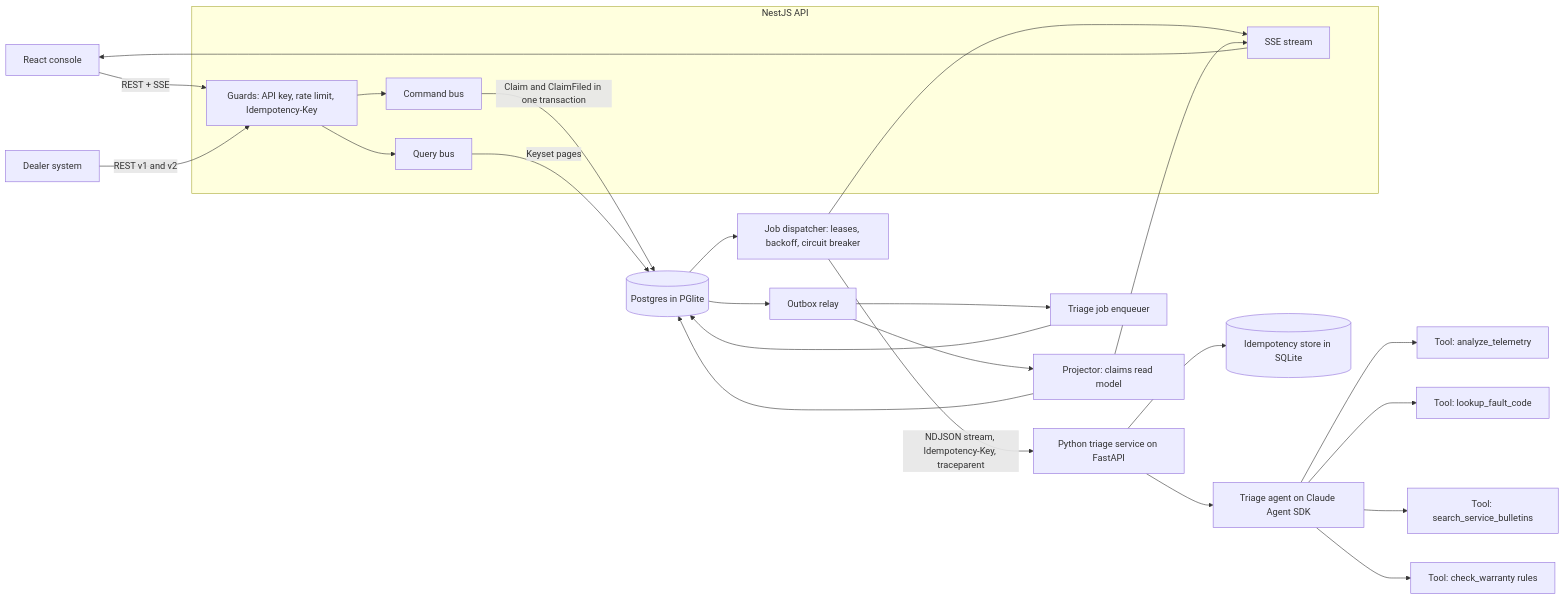
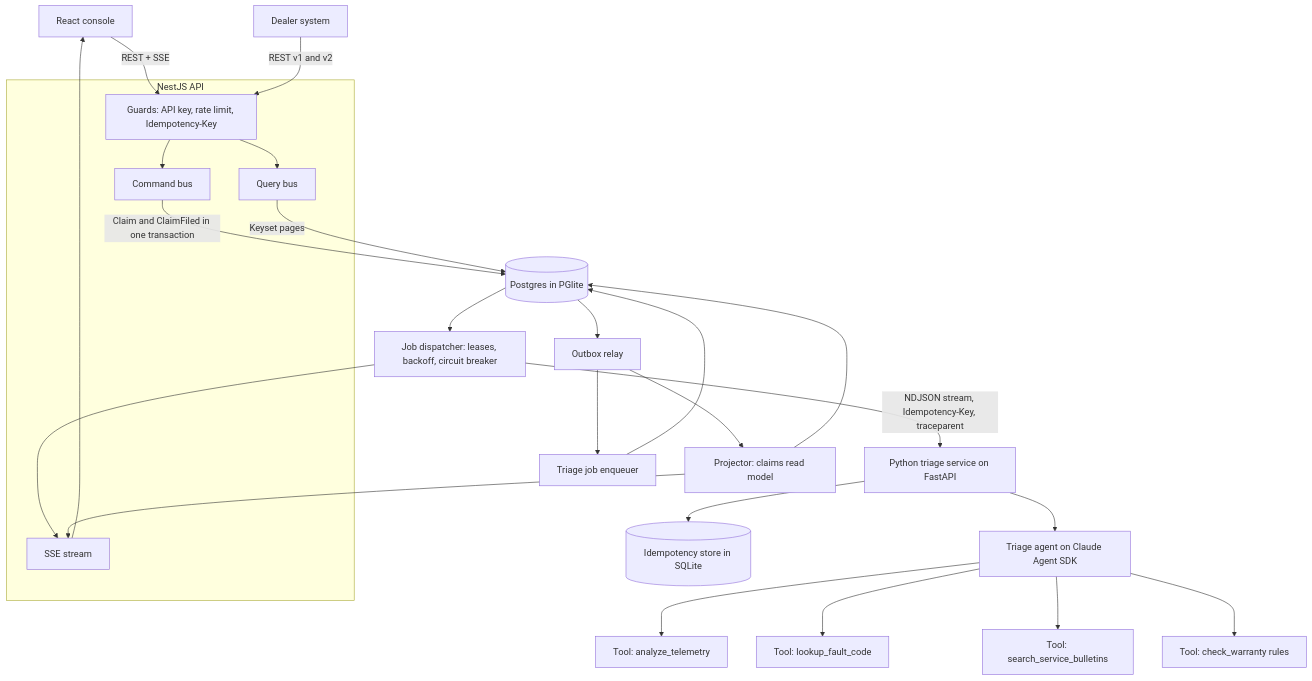
The diagram in README.md (ArchiusVuong-sudo/moto-warranty-triage), drawn with Mermaid before and after one commit.

Commit message:
Draw the architecture diagram top to bottom so its labels stay readable on GitHub

````diff
--- a/README.md
+++ b/README.md
@@ -20,28 +20,28 @@
 ```mermaid
-flowchart LR
+flowchart TB
   console[React console] -->|REST + SSE| api
   dealer[Dealer system] -->|REST v1 and v2| api
   subgraph api_box[NestJS API]
     api[Guards: API key, rate limit, Idempotency-Key] --> cmd[Command bus]
     api --> qry[Query bus]
     sse[SSE stream]
   end
   cmd -->|Claim and ClaimFiled in one transaction| pg[(Postgres in PGlite)]
   qry -->|Keyset pages| pg
   pg --> relay[Outbox relay]
   relay --> proj[Projector: claims read model]
   relay --> enq[Triage job enqueuer]
   proj --> pg
   enq --> pg
   pg --> disp[Job dispatcher: leases, backoff, circuit breaker]
   disp -->|NDJSON stream, Idempotency-Key, traceparent| svc[Python triage service on FastAPI]
   svc --> store[(Idempotency store in SQLite)]
   svc --> agent[Triage agent on Claude Agent SDK]
   agent --> t1[Tool: analyze_telemetry]
   agent --> t2[Tool: lookup_fault_code]
   agent --> t3[Tool: search_service_bulletins]
   agent --> t4[Tool: check_warranty rules]
   disp --> sse
   proj --> sse
   sse --> console
 ```
````
